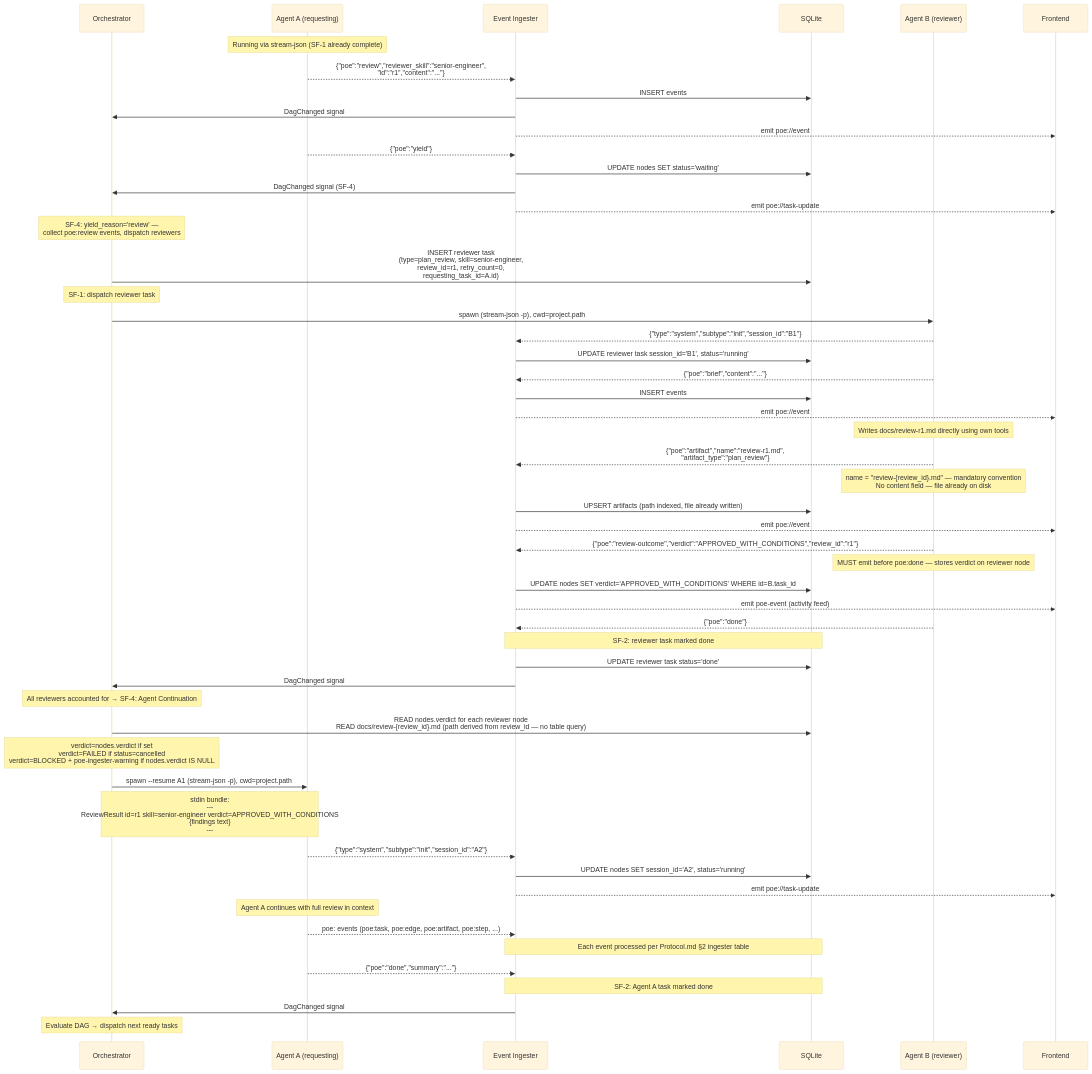
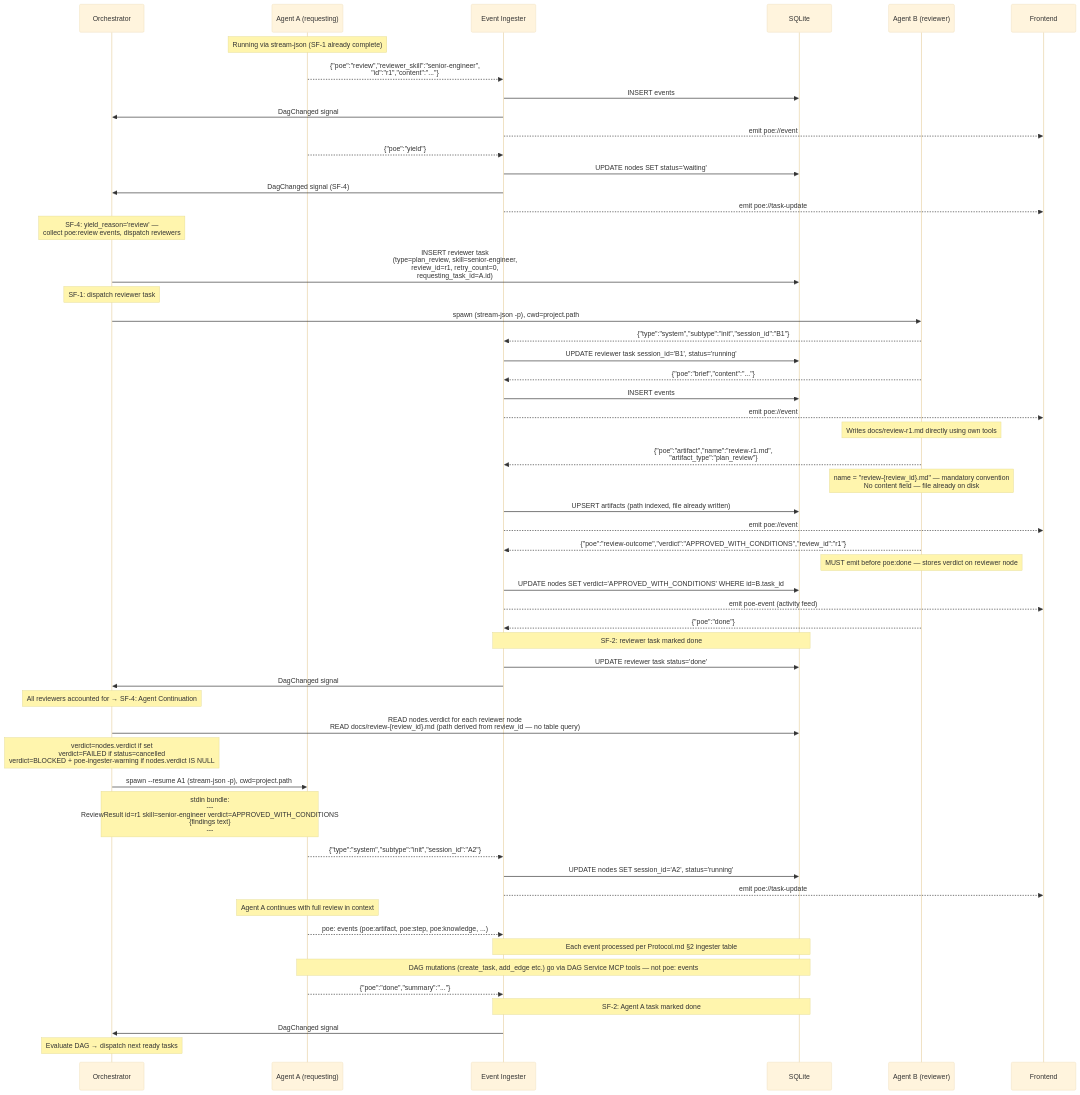
One commit to grant-traynor/bp6 changed the first of 10 diagrams in doc-POE/Flows.md. Above: the diagram before and after it, drawn with Mermaid (base theme). The commit also changed other lines of this file and 1 other file, not shown here.

````diff
--- a/doc-POE/Flows.md
+++ b/doc-POE/Flows.md
@@ -311,72 +311,73 @@
 ```mermaid
 sequenceDiagram
     participant Orch as Orchestrator
     participant A as Agent A (requesting)
     participant Ing as Event Ingester
     participant DB as SQLite
     participant B as Agent B (reviewer)
     participant FE as Frontend
 
     Note over A: Running via stream-json (SF-1 already complete)
 
     A-->>Ing: {"poe":"review","reviewer_skill":"senior-engineer",<br/>"id":"r1","content":"..."}
     Ing->>DB: INSERT events
     Ing->>Orch: DagChanged signal
     Ing-->>FE: emit poe://event
 
     A-->>Ing: {"poe":"yield"}
     Ing->>DB: UPDATE nodes SET status='waiting'
     Ing->>Orch: DagChanged signal (SF-4)
     Ing-->>FE: emit poe://task-update
 
     Note over Orch: SF-4: yield_reason='review' —<br/>collect poe:review events, dispatch reviewers
 
     Orch->>DB: INSERT reviewer task<br/>(type=plan_review, skill=senior-engineer,<br/>review_id=r1, retry_count=0,<br/>requesting_task_id=A.id)
     Note over Orch: SF-1: dispatch reviewer task
 
     Orch->>B: spawn (stream-json -p), cwd=project.path
     B-->>Ing: {"type":"system","subtype":"init","session_id":"B1"}
     Ing->>DB: UPDATE reviewer task session_id='B1', status='running'
 
     B-->>Ing: {"poe":"brief","content":"..."}
     Ing->>DB: INSERT events
     Ing-->>FE: emit poe://event
 
     Note over B: Writes docs/review-r1.md directly using own tools
     B-->>Ing: {"poe":"artifact","name":"review-r1.md",<br/>"artifact_type":"plan_review"}
     Note over B: name = "review-{review_id}.md" — mandatory convention<br/>No content field — file already on disk
     Ing->>DB: UPSERT artifacts (path indexed, file already written)
     Ing-->>FE: emit poe://event
 
     B-->>Ing: {"poe":"review-outcome","verdict":"APPROVED_WITH_CONDITIONS","review_id":"r1"}
     Note over B: MUST emit before poe:done — stores verdict on reviewer node
     Ing->>DB: UPDATE nodes SET verdict='APPROVED_WITH_CONDITIONS' WHERE id=B.task_id
     Ing-->>FE: emit poe-event (activity feed)
 
     B-->>Ing: {"poe":"done"}
     Note over Ing,DB: SF-2: reviewer task marked done
 
     Ing->>DB: UPDATE reviewer task status='done'
     Ing->>Orch: DagChanged signal
 
     Note over Orch: All reviewers accounted for → SF-4: Agent Continuation
 
     Orch->>DB: READ nodes.verdict for each reviewer node<br/>READ docs/review-{review_id}.md (path derived from review_id — no table query)
     Note over Orch: verdict=nodes.verdict if set<br/>verdict=FAILED if status=cancelled<br/>verdict=BLOCKED + poe-ingester-warning if nodes.verdict IS NULL
     Orch->>A: spawn --resume A1 (stream-json -p), cwd=project.path
     Note over Orch,A: stdin bundle:<br/>---<br/>ReviewResult id=r1 skill=senior-engineer verdict=APPROVED_WITH_CONDITIONS<br/>{findings text}<br/>---
 
     A-->>Ing: {"type":"system","subtype":"init","session_id":"A2"}
     Ing->>DB: UPDATE nodes SET session_id='A2', status='running'
     Ing-->>FE: emit poe://task-update
 
     Note over A: Agent A continues with full review in context
 
-    A-->>Ing: poe: events (poe:task, poe:edge, poe:artifact, poe:step, ...)
+    A-->>Ing: poe: events (poe:artifact, poe:step, poe:knowledge, ...)
     Note over Ing,DB: Each event processed per Protocol.md §2 ingester table
+    Note over A,DB: DAG mutations (create_task, add_edge etc.) go via DAG Service MCP tools — not poe: events
 
     A-->>Ing: {"poe":"done","summary":"..."}
     Note over Ing,DB: SF-2: Agent A task marked done
     Ing->>Orch: DagChanged signal
     Note over Orch: Evaluate DAG → dispatch next ready tasks
 ```
````
